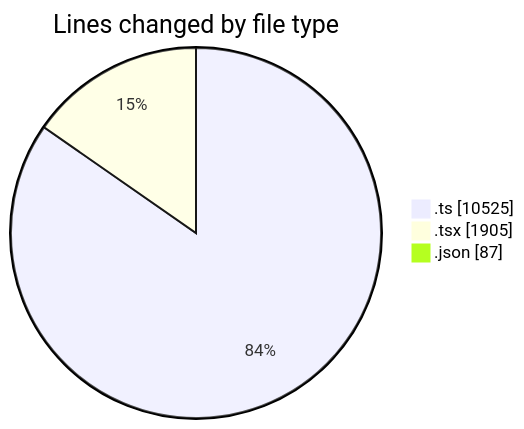
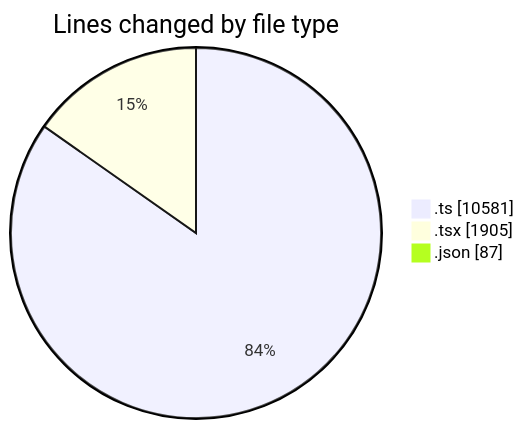
The first of 2 diagrams in 2025-07-14/cda/README.md (momahboobian/code-tracking), drawn with Mermaid before and after one commit. The commit also changed other lines of this file and 1 other file, not shown here.

````diff
--- a/2025-07-14/cda/README.md
+++ b/2025-07-14/cda/README.md
@@ -29,7 +29,7 @@
 ```mermaid
 pie showData
 title Lines changed by file type
-".ts" : 10525
+".ts" : 10581
 ".tsx" : 1905
 ".json" : 87
 ```
````
